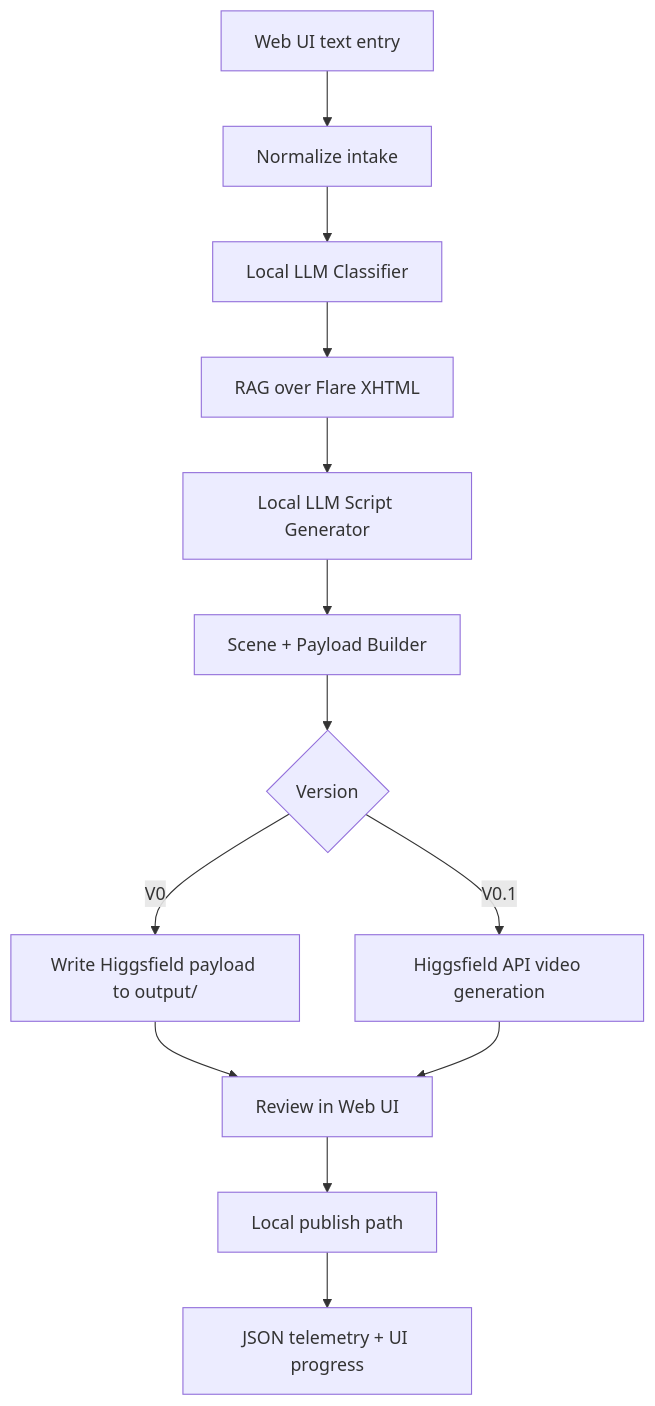
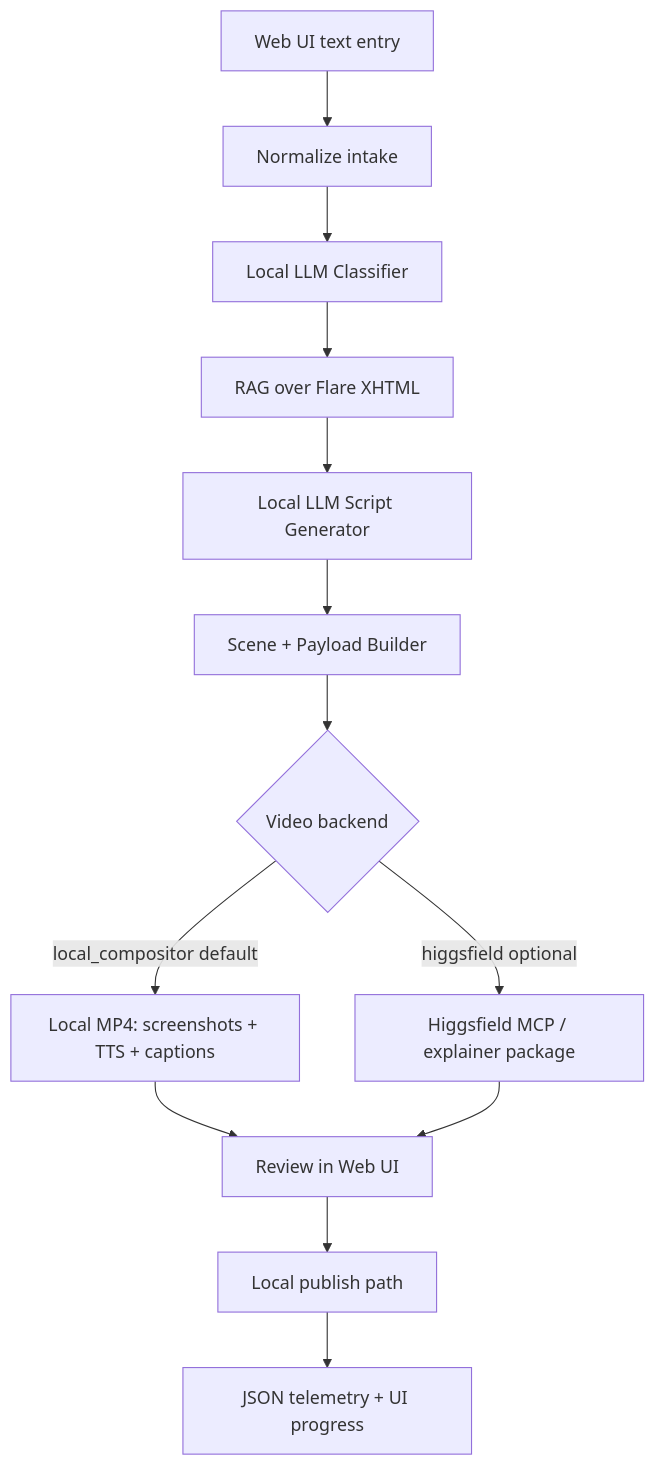
The first of 2 diagrams in readme.md (Ben408/SI-VidGen), drawn with Mermaid before and after one commit. The commit also changed other lines of this file and 15 other files, not shown here.

First line of the commit message:
Demo-harden local compositor with captions, voice controls, and video-ready UI.

````diff
--- a/readme.md
+++ b/readme.md
@@ -100,15 +99,15 @@
 ```mermaid
 flowchart TD
     A[Web UI text entry] --> B[Normalize intake]
     B --> C[Local LLM Classifier]
     C --> D[RAG over Flare XHTML]
     D --> E[Local LLM Script Generator]
     E --> F[Scene + Payload Builder]
-    F --> G{Version}
-    G -->|V0| H[Write Higgsfield payload to output/]
-    G -->|V0.1| I[Higgsfield API video generation]
+    F --> G{Video backend}
+    G -->|local_compositor default| H[Local MP4: screenshots + TTS + captions]
+    G -->|higgsfield optional| I[Higgsfield MCP / explainer package]
     H --> J[Review in Web UI]
     I --> J
     J --> K[Local publish path]
     K --> L[JSON telemetry + UI progress]
 ```
````
